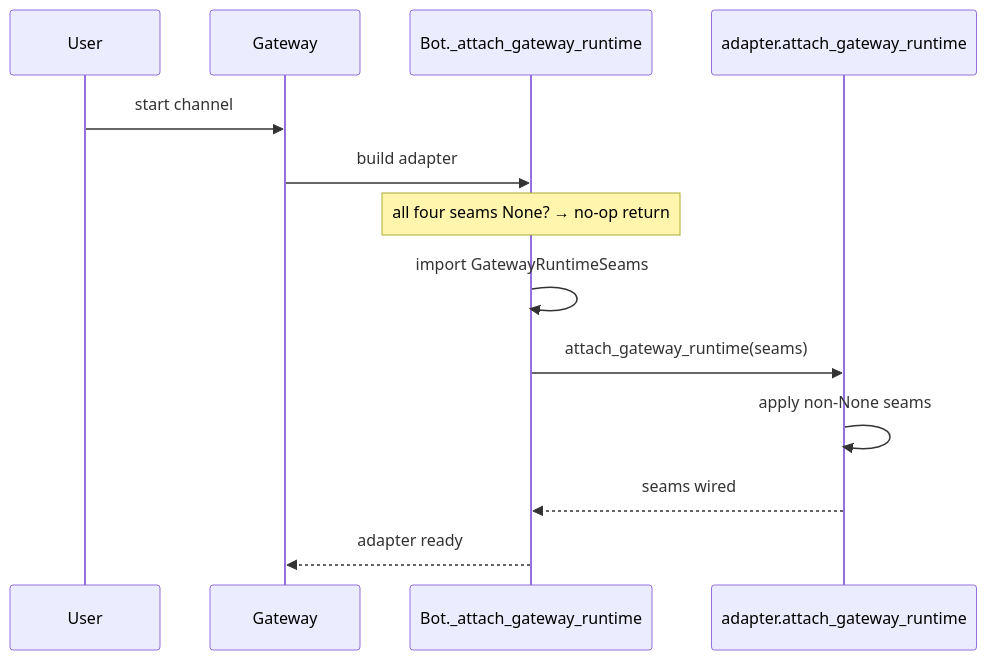
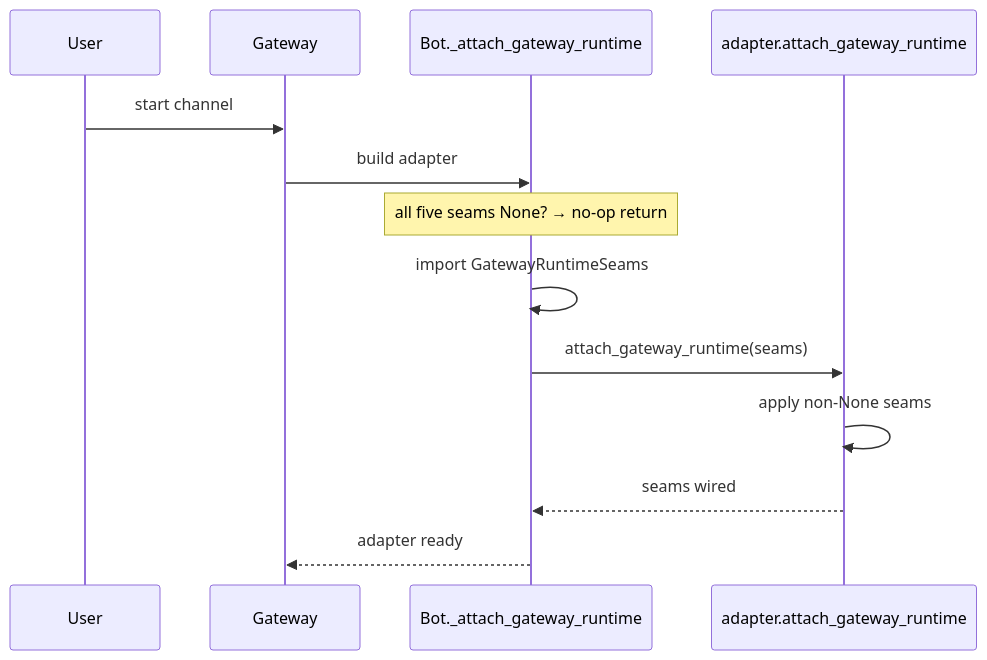
Before and after one commit to MervinPraison/PraisonAIDocs: the second of 3 diagrams in docs/features/bot-gateway-runtime-contract.mdx, drawn with Mermaid. The commit also changed other lines of this file and 2 other files, not shown here.

````diff
--- a/docs/features/bot-gateway-runtime-contract.mdx
+++ b/docs/features/bot-gateway-runtime-contract.mdx
@@ -84,16 +86,16 @@
 ```mermaid
 sequenceDiagram
     participant User
     participant Gateway
     participant Bot as Bot._attach_gateway_runtime
     participant Adapter as adapter.attach_gateway_runtime
 
     User->>Gateway: start channel
     Gateway->>Bot: build adapter
-    Note over Bot: all four seams None? → no-op return
+    Note over Bot: all five seams None? → no-op return
     Bot->>Bot: import GatewayRuntimeSeams
     Bot->>Adapter: attach_gateway_runtime(seams)
     Adapter->>Adapter: apply non-None seams
     Adapter-->>Bot: seams wired
     Bot-->>Gateway: adapter ready
 ```
````
